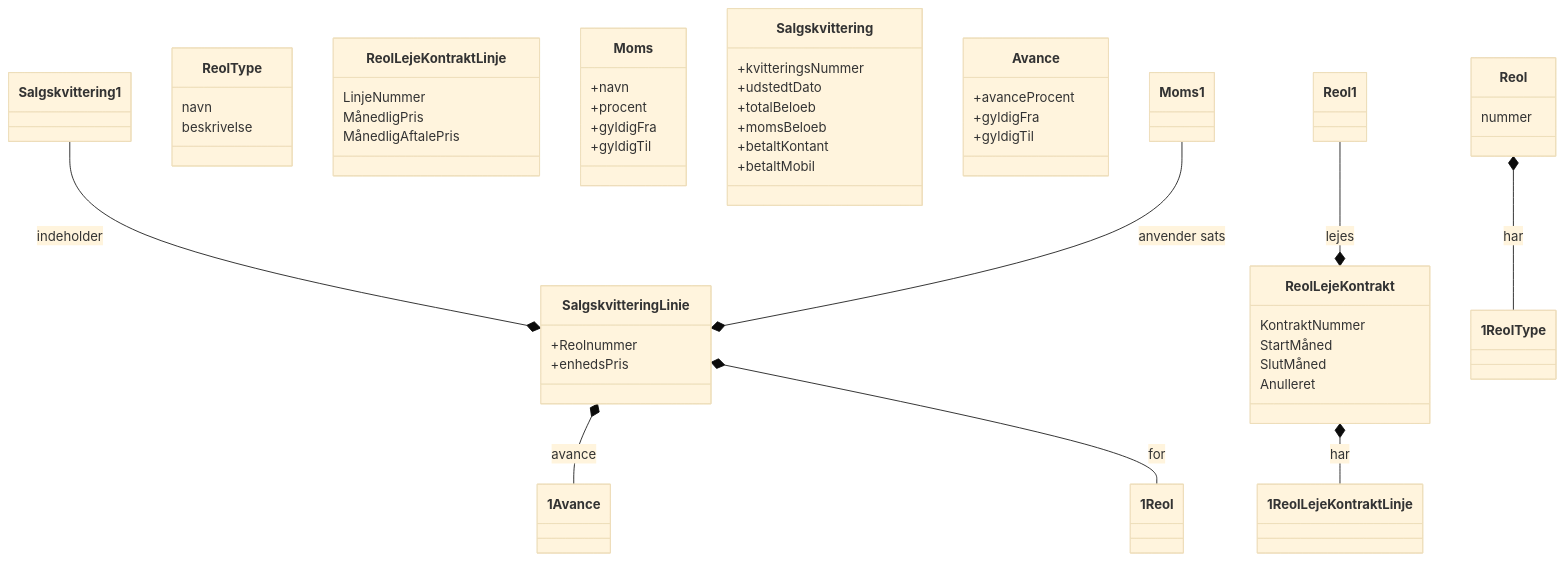
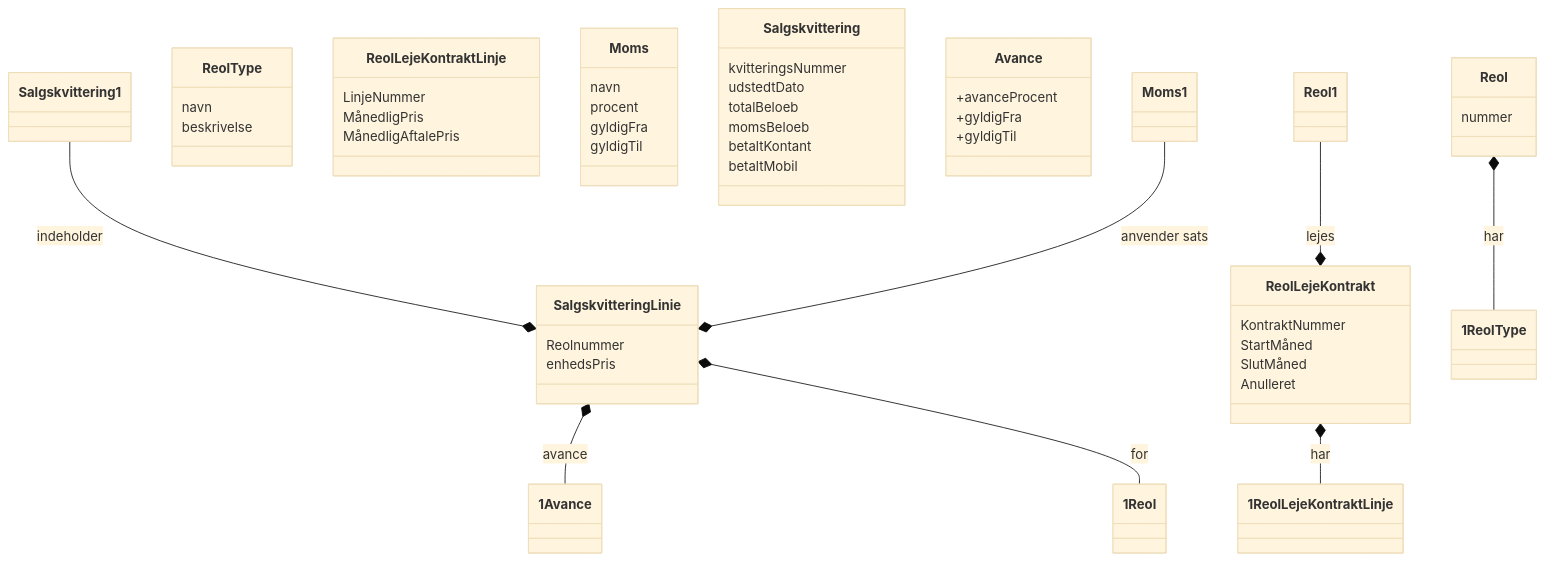
The diagram in docs/DomainModel.mmd (DMOoF25-TEAM11/ShelfMarket), drawn with Mermaid (base theme) before and after one commit. The commit also changed 18 other files, not shown here.

```diff
--- a/docs/DomainModel.mmd
+++ b/docs/DomainModel.mmd
@@ -1,56 +1,56 @@
 classDiagram
     class Reol {
         nummer
     }
     class ReolType {
         navn
         beskrivelse
     }
 
     class ReolLejeKontrakt {
         KontraktNummer
         StartMåned
         SlutMåned
         Anulleret
     }
 
     class ReolLejeKontraktLinje {
         LinjeNummer
         MånedligPris
         MånedligAftalePris
     }
 
     class Moms {
-      +navn
-      +procent
-      +gyldigFra
-      +gyldigTil
+      navn
+      procent
+      gyldigFra
+      gyldigTil
     }
 
     class Salgskvittering {
-      +kvitteringsNummer
-      +udstedtDato
-      +totalBeloeb
-      +momsBeloeb
-      +betaltKontant
-      +betaltMobil
+      kvitteringsNummer
+      udstedtDato
+      totalBeloeb
+      momsBeloeb
+      betaltKontant
+      betaltMobil
     }
 
     class SalgskvitteringLinie {
-      +Reolnummer
-      +enhedsPris
+      Reolnummer
+      enhedsPris
     }
 
     class Avance {
         +avanceProcent
         +gyldigFra
         +gyldigTil
     }
 
     Reol * -- 1 ReolType : har
     ReolLejeKontrakt * -- 1 ReolLejeKontraktLinje : har
     Salgskvittering 1 -- * SalgskvitteringLinie : indeholder
     Moms 1 -- * SalgskvitteringLinie : anvender sats
     SalgskvitteringLinie * -- 1 Avance : avance
     Reol 1 -- * ReolLejeKontrakt : lejes
     SalgskvitteringLinie * -- 1 Reol : for
```
